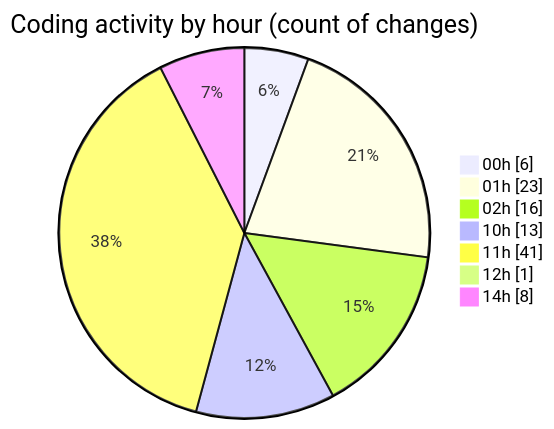
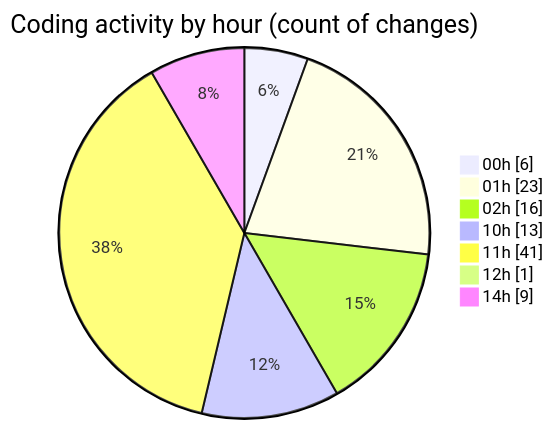
Before and after one commit to julien-gomy/code-tracking: the second of 2 diagrams in 2025-11-08/eventscop-frontend-guide__workspace_/README.md, drawn with Mermaid. The commit also changed other lines of this file and 1 other file, not shown here.

````diff
--- a/2025-11-08/eventscop-frontend-guide__workspace_/README.md
+++ b/2025-11-08/eventscop-frontend-guide__workspace_/README.md
@@ -57,11 +58,11 @@
 ```mermaid
 pie showData
 title Coding activity by hour (count of changes)
 "00h" : 6
 "01h" : 23
 "02h" : 16
 "10h" : 13
 "11h" : 41
 "12h" : 1
-"14h" : 8
+"14h" : 9
 ```
````
